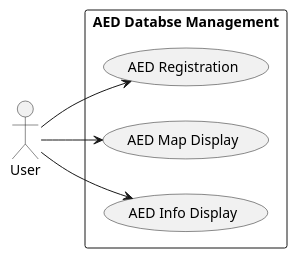
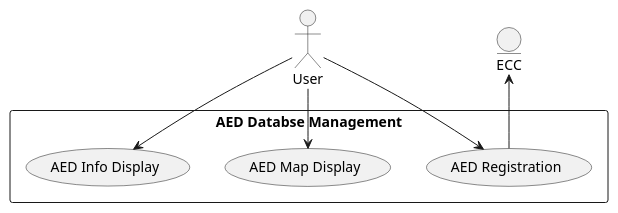
The diagram in system-use-cases/aed-database-management.md (HeartBeat-SE/HeartBeat-SE-DTM), drawn with PlantUML before and after one commit.

Commit message:
modify uml in aed

````diff
--- a/system-use-cases/aed-database-management.md
+++ b/system-use-cases/aed-database-management.md
@@ -5,14 +5,16 @@
 ```plantuml
 @startuml
-left to right direction
+'left to right direction
 actor "User" as fr
+entity "ECC" as ecc
 rectangle "AED Databse Management" {
   usecase "AED Registration" as UC1
   usecase "AED Map Display" as UC2
   usecase "AED Info Display" as UC3
 }
 fr --> UC1
 fr --> UC2
 fr --> UC3
+ecc <-- UC1
 @enduml
 ```
````
